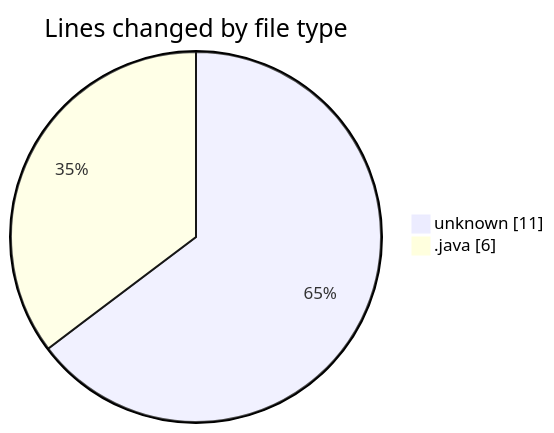
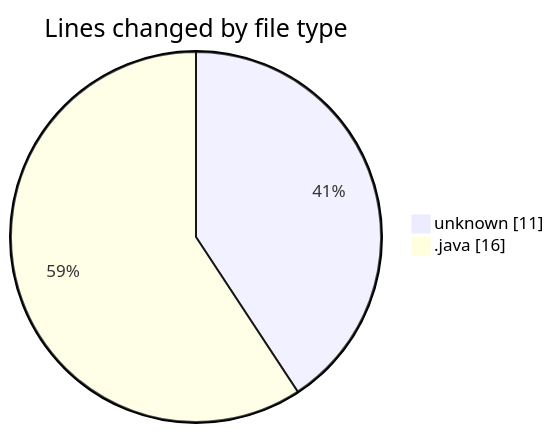
Before and after one commit to hasnaa123/code-tracking: the first of 2 diagrams in 2026-04-12/chatserver/README.md, drawn with Mermaid. The commit also changed other lines of this file and 1 other file, not shown here.

````diff
--- a/2026-04-12/chatserver/README.md
+++ b/2026-04-12/chatserver/README.md
@@ -21,6 +22,6 @@
 ```mermaid
 pie showData
 title Lines changed by file type
 "unknown" : 11
-".java" : 6
+".java" : 16
 ```
````
